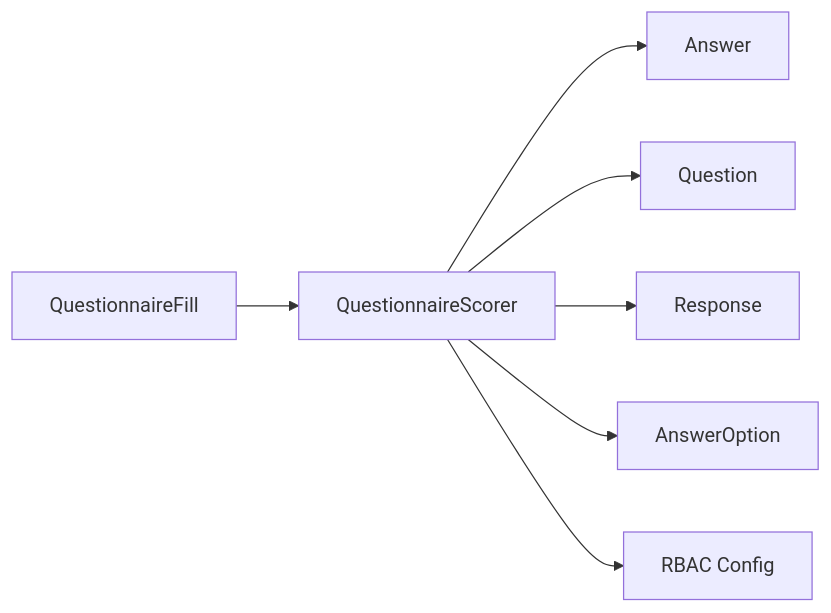
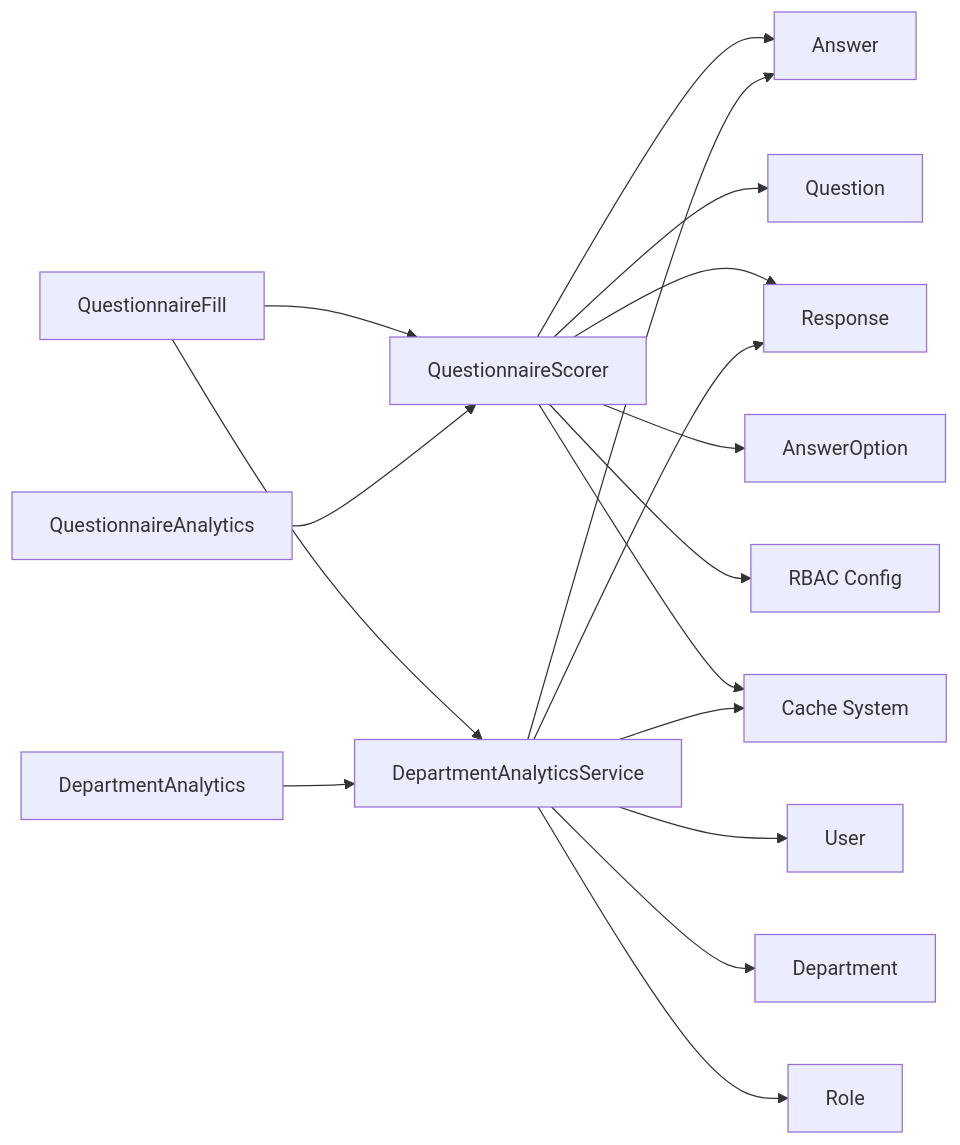
Before and after one commit to rudicatsmile/assesment360: the seventh of 7 diagrams in .qoder/repowiki/en/content/Core Features/Evaluation Workflows/Scoring Algorithm.md, drawn with Mermaid. The commit also changed other lines of this file and 6 other files, not shown here.

````diff
--- a/.qoder/repowiki/en/content/Core Features/Evaluation Workflows/Scoring Algorithm.md
+++ b/.qoder/repowiki/en/content/Core Features/Evaluation Workflows/Scoring Algorithm.md
@@ -300,9 +551,19 @@
 ```mermaid
 graph LR
 WF["QuestionnaireFill"] --> S["QuestionnaireScorer"]
+WF --> DAS["DepartmentAnalyticsService"]
 S --> A["Answer"]
 S --> Q["Question"]
 S --> R["Response"]
 S --> AO["AnswerOption"]
 S --> CFG["RBAC Config"]
+S --> CACHE["Cache System"]
+DAS --> A
+DAS --> R
+DAS --> U["User"]
+DAS --> D["Department"]
+DAS --> RO["Role"]
+DAS --> CACHE
+QA["QuestionnaireAnalytics"] --> S
+DA["DepartmentAnalytics"] --> DAS
 ```
````
